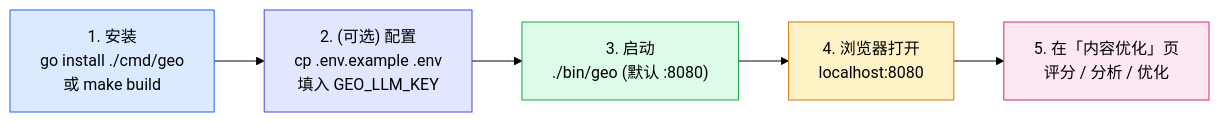
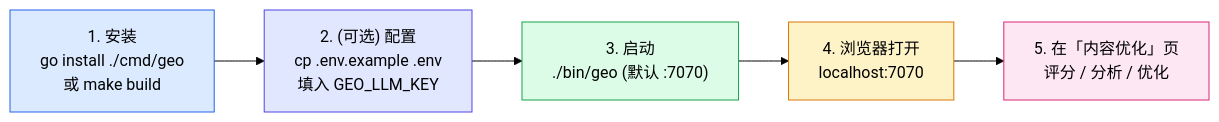
Before and after one commit to deep2code/geo: the seventh of 13 diagrams in README.md, drawn with Mermaid (forest theme). The commit also changed other lines of this file and 19 other files, not shown here.

````diff
--- a/README.md
+++ b/README.md
@@ -218,13 +218,13 @@
 ```mermaid
 flowchart LR
     A["1. 安装<br/>go install ./cmd/geo<br/>或 make build"] --> B["2. (可选) 配置<br/>cp .env.example .env<br/>填入 GEO_LLM_KEY"]
-    B --> C["3. 启动<br/>./bin/geo  (默认 :8080)"]
-    C --> D["4. 浏览器打开<br/>localhost:8080"]
+    B --> C["3. 启动<br/>./bin/geo  (默认 :7070)"]
+    C --> D["4. 浏览器打开<br/>localhost:7070"]
     D --> E["5. 在「内容优化」页<br/>评分 / 分析 / 优化"]
 
     style A fill:#dbeafe,stroke:#2563eb
     style B fill:#e0e7ff,stroke:#4f46e5
     style C fill:#dcfce7,stroke:#16a34a
     style D fill:#fef3c7,stroke:#d97706
     style E fill:#fce7f3,stroke:#db2777
 ```
````
